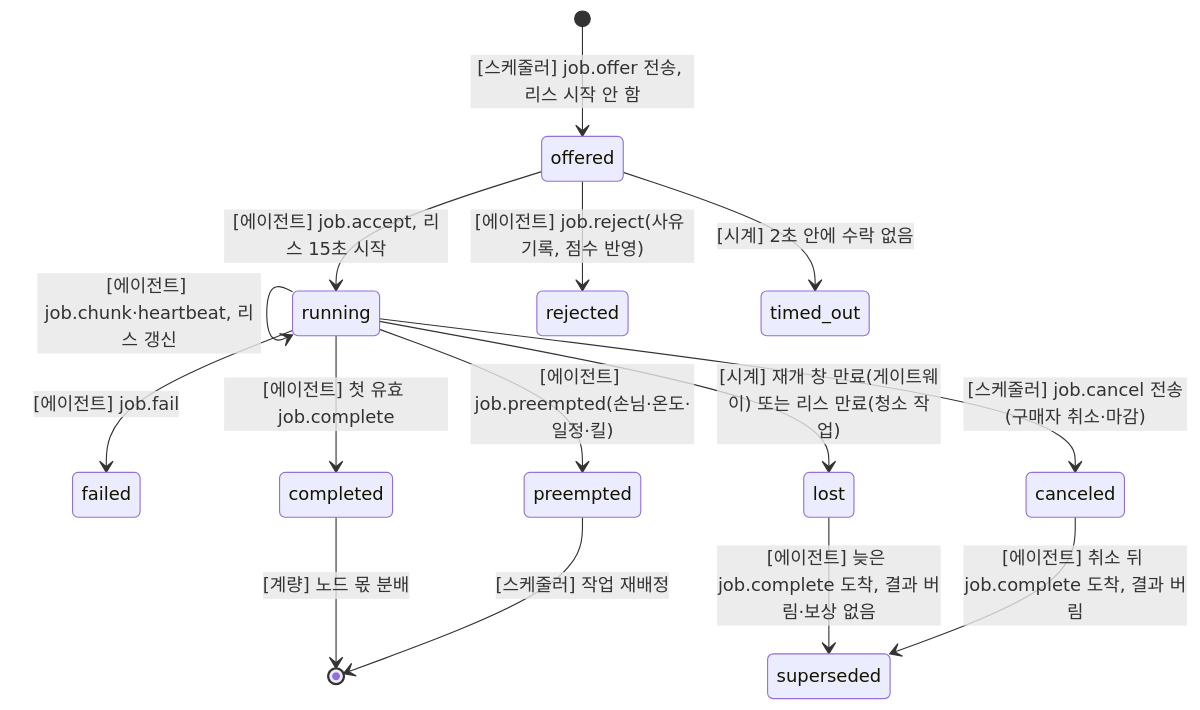
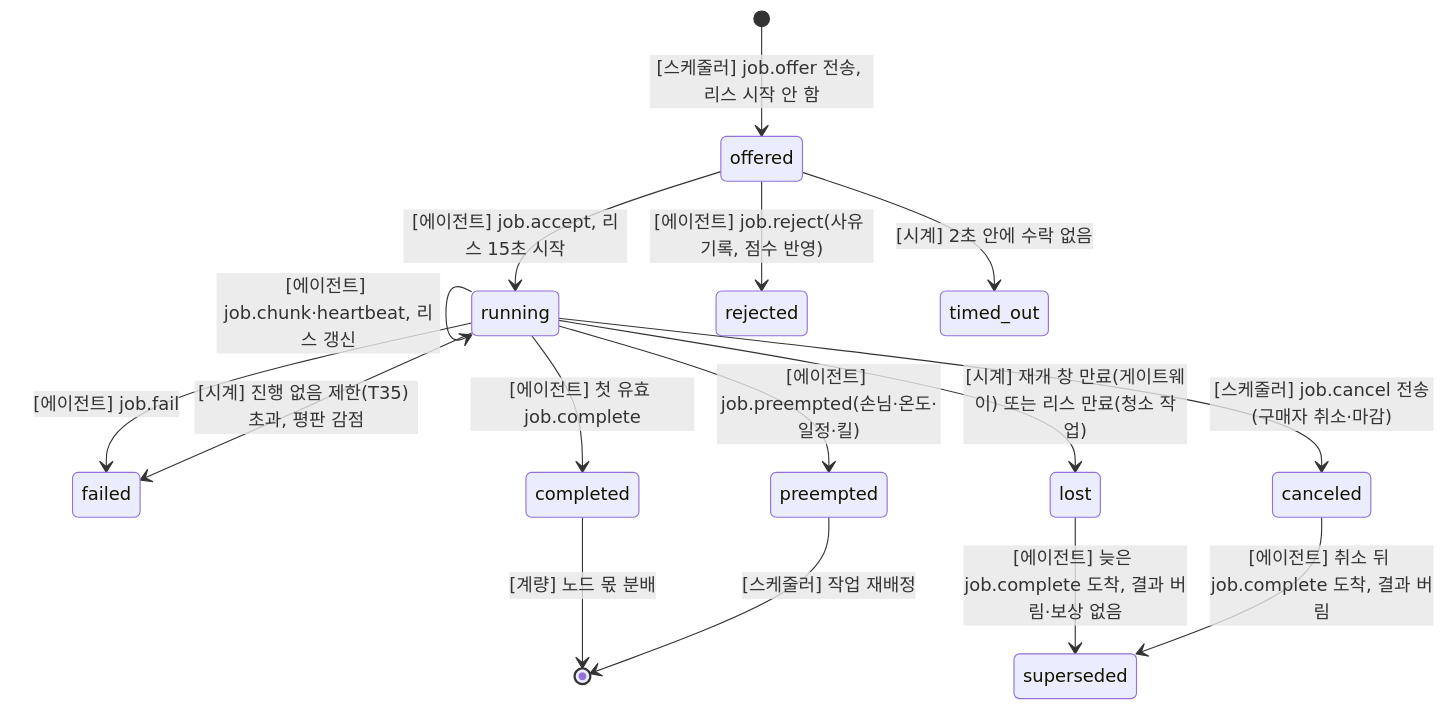
Diagram 16 of 23 in docs/ARCHITECTURE.md (songhojin0525/spareon), drawn with Mermaid before and after one commit. The commit also changed other lines of this file and 3 other files, not shown here.

First line of the commit message:
S01: add threat model and fold its findings into architecture (D13-D16, T35)

````diff
--- a/docs/ARCHITECTURE.md
+++ b/docs/ARCHITECTURE.md
@@ -656,17 +656,18 @@
 ```mermaid
 stateDiagram-v2
   [*] --> offered : [스케줄러] job.offer 전송, 리스 시작 안 함
   offered --> running : [에이전트] job.accept, 리스 15초 시작
   offered --> rejected : [에이전트] job.reject(사유 기록, 점수 반영)
   offered --> timed_out : [시계] 2초 안에 수락 없음
   running --> running : [에이전트] job.chunk·heartbeat, 리스 갱신
   running --> completed : [에이전트] 첫 유효 job.complete
   running --> failed : [에이전트] job.fail
   running --> preempted : [에이전트] job.preempted(손님·온도·일정·킬)
   running --> canceled : [스케줄러] job.cancel 전송(구매자 취소·마감)
   running --> lost : [시계] 재개 창 만료(게이트웨이) 또는 리스 만료(청소 작업)
+  running --> failed : [시계] 진행 없음 제한(T35) 초과, 평판 감점
   lost --> superseded : [에이전트] 늦은 job.complete 도착, 결과 버림·보상 없음
   canceled --> superseded : [에이전트] 취소 뒤 job.complete 도착, 결과 버림
   completed --> [*] : [계량] 노드 몫 분배
   preempted --> [*] : [스케줄러] 작업 재배정
 ```
````
